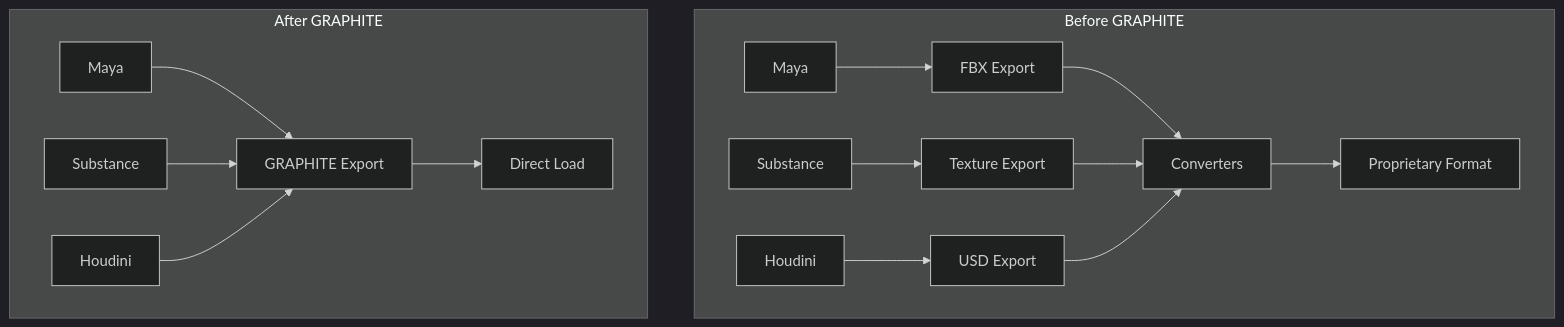
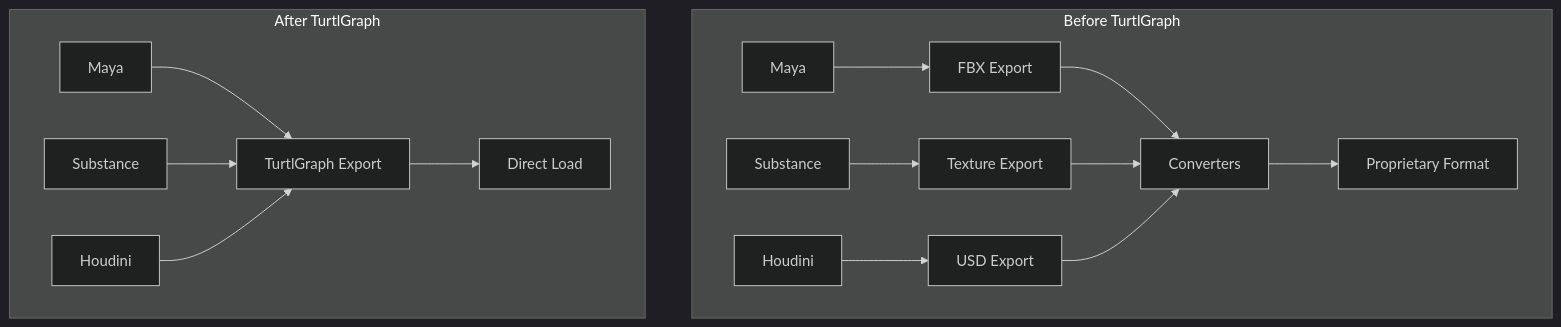
One commit to turtlgraph/docs changed the first of 5 diagrams in volumes/volume-2-development-integration/part-7-real-world-application.md. Above: the diagram before and after it, drawn with Mermaid (dark theme). The commit also changed other lines of this file and 10 other files, not shown here.

First line of the commit message:
docs: Replace all GRAPHITE references with TurtlGraph/HyperDAG

````diff
--- a/volumes/volume-2-development-integration/part-7-real-world-application.md
+++ b/volumes/volume-2-development-integration/part-7-real-world-application.md
@@ -26,19 +26,19 @@
 ```mermaid
 graph TB
-    subgraph "Before GRAPHITE"
+    subgraph "Before TurtlGraph"
         DCC1[Maya] --> FBX1[FBX Export]
         DCC2[Substance] --> TEX1[Texture Export]
         DCC3[Houdini] --> USD1[USD Export]
         FBX1 --> CONV1[Converters]
         TEX1 --> CONV1
         USD1 --> CONV1
         CONV1 --> ENGINE1[Proprietary Format]
     end
     
-    subgraph "After GRAPHITE"
-        DCC4[Maya] --> GRAF1[GRAPHITE Export]
+    subgraph "After TurtlGraph"
+        DCC4[Maya] --> GRAF1[TurtlGraph Export]
         DCC5[Substance] --> GRAF1
         DCC6[Houdini] --> GRAF1
         GRAF1 --> ENGINE2[Direct Load]
     end
 ```
````
